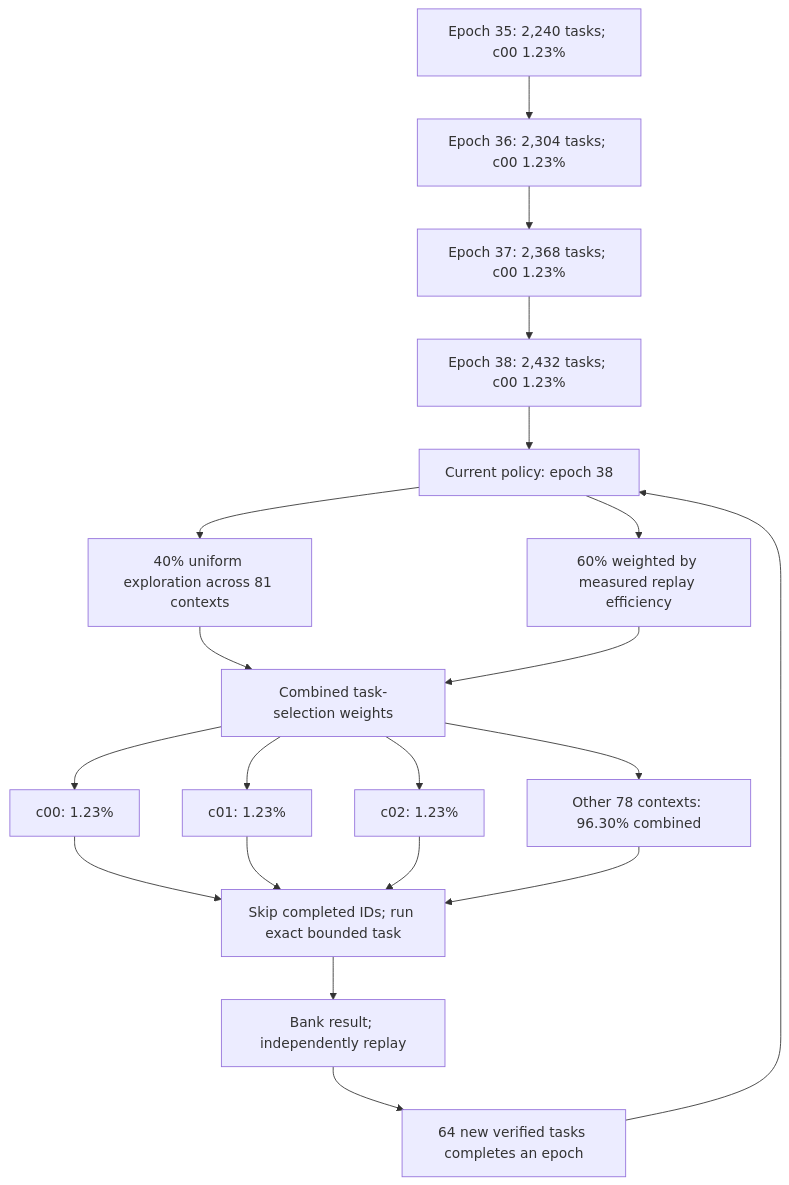
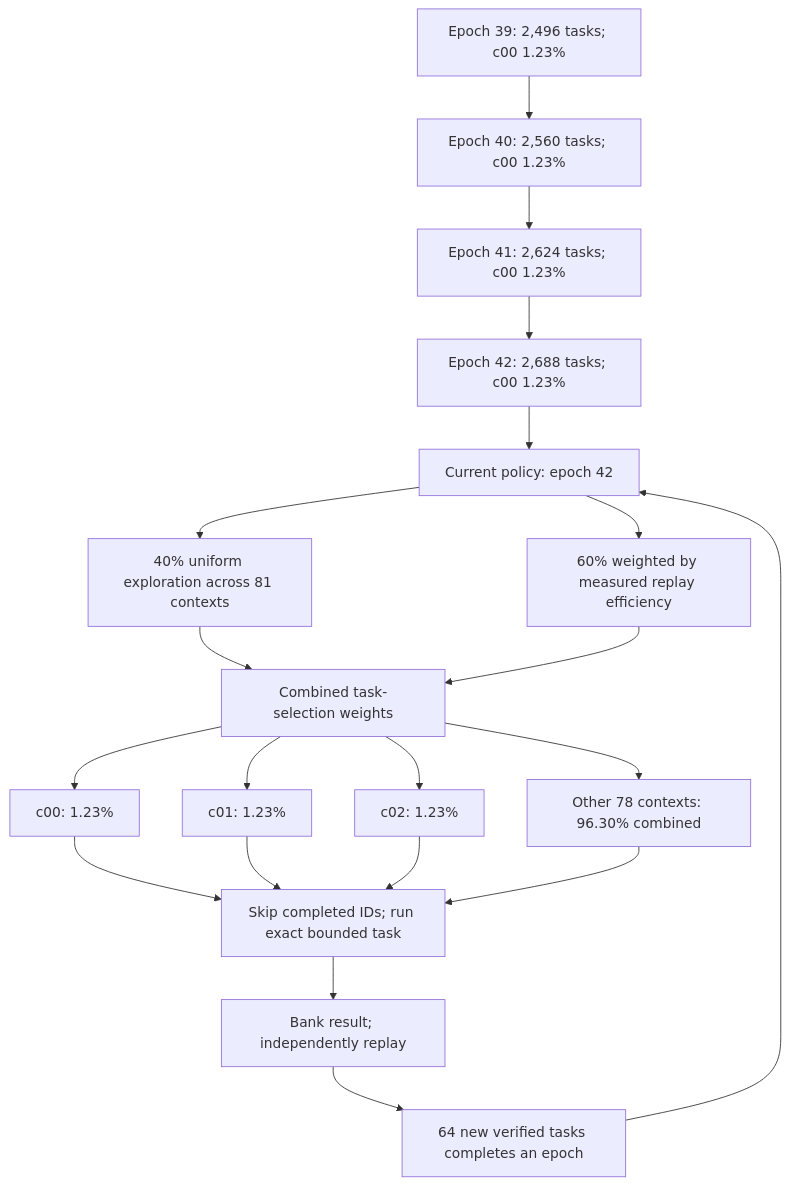
The diagram in README.md (Kuberwastaken/math-gambling), drawn with Mermaid before and after one commit. The commit also changed other lines of this file and 592 other files, not shown here.

````diff
--- a/README.md
+++ b/README.md
@@ -48,27 +48,27 @@
 ```mermaid
 flowchart TD
-    H0["Epoch 35: 2,240 tasks; c00 1.23%"]
-    H1["Epoch 36: 2,304 tasks; c00 1.23%"]
+    H0["Epoch 39: 2,496 tasks; c00 1.23%"]
+    H1["Epoch 40: 2,560 tasks; c00 1.23%"]
     H0 --> H1
-    H2["Epoch 37: 2,368 tasks; c00 1.23%"]
+    H2["Epoch 41: 2,624 tasks; c00 1.23%"]
     H1 --> H2
-    H3["Epoch 38: 2,432 tasks; c00 1.23%"]
+    H3["Epoch 42: 2,688 tasks; c00 1.23%"]
     H2 --> H3
-    Policy["Current policy: epoch 38"]
+    Policy["Current policy: epoch 42"]
     H3 --> Policy
     Policy --> Explore["40% uniform exploration across 81 contexts"]
     Policy --> Cost["60% weighted by measured replay efficiency"]
     Explore --> Mix["Combined task-selection weights"]
     Cost --> Mix
     Mix --> C0["c00: 1.23%"]
     Mix --> C1["c01: 1.23%"]
     Mix --> C2["c02: 1.23%"]
     Mix --> Rest["Other 78 contexts: 96.30% combined"]
     C0 --> Check["Skip completed IDs; run exact bounded task"]
     C1 --> Check
     C2 --> Check
     Rest --> Check
     Check --> Replay["Bank result; independently replay"]
     Replay --> Gate["64 new verified tasks completes an epoch"]
     Gate --> Policy
 ```
````
